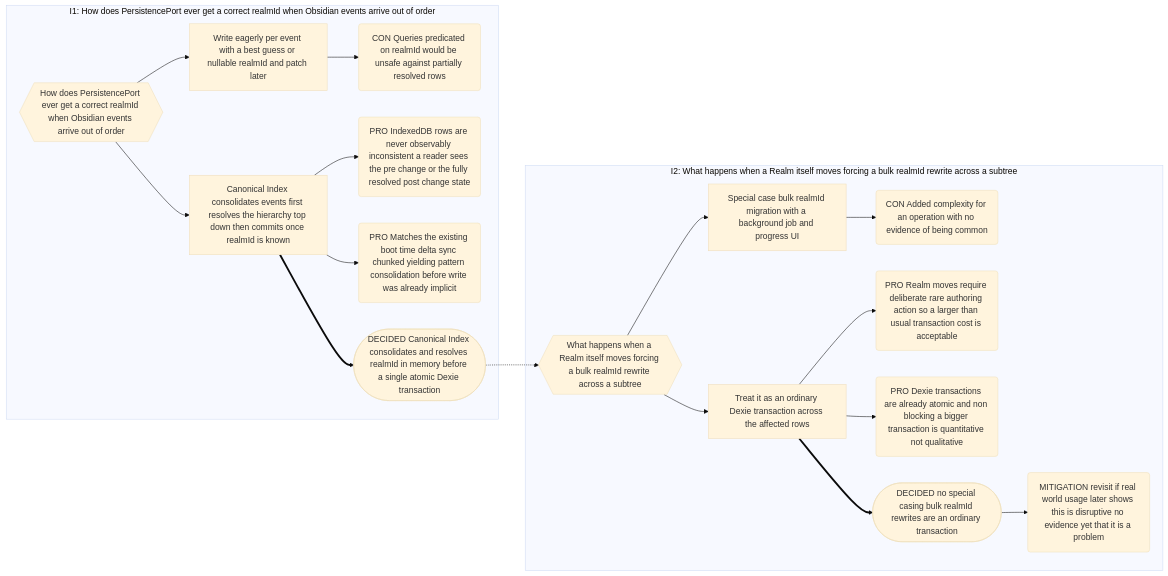
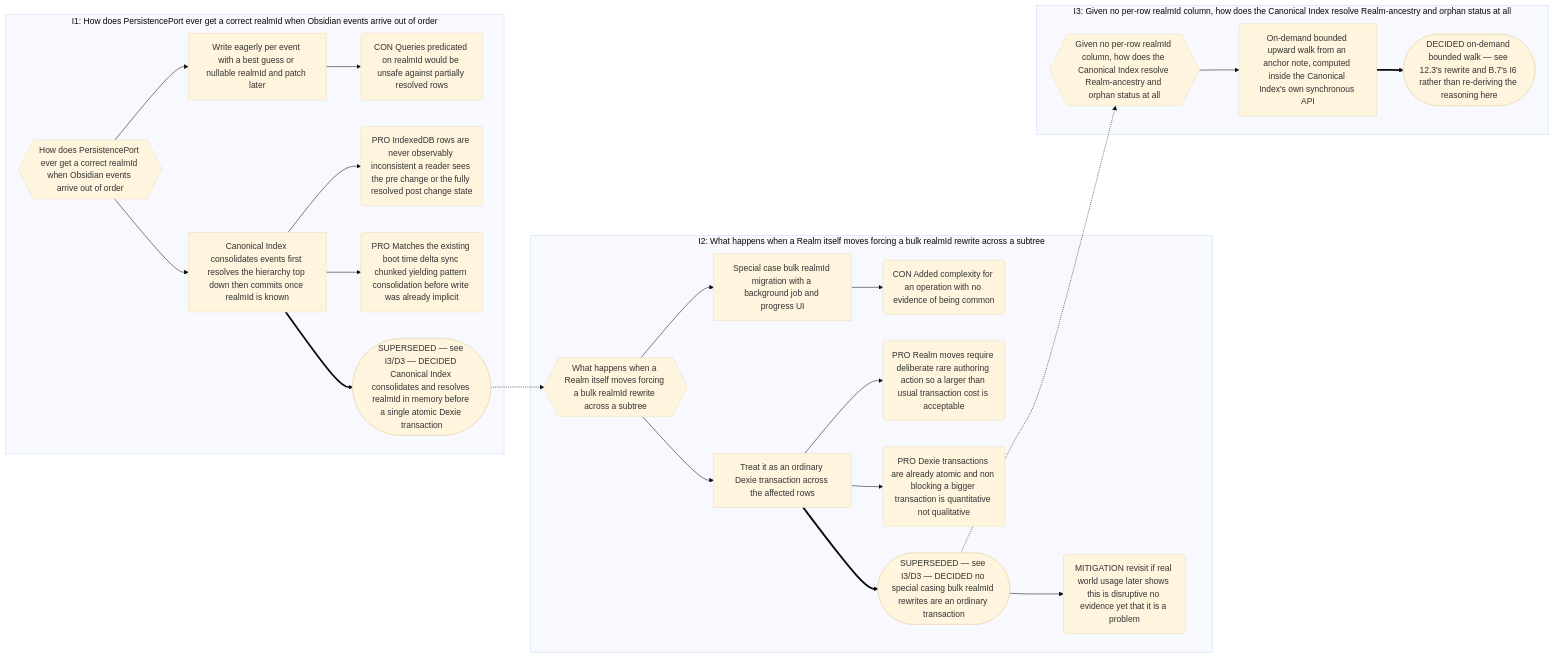
The fourth of 7 diagrams in docs/spec/12-architecture.md (mlao-pdx/obsidian-plugin), drawn with Mermaid (base theme) before and after one commit. The commit also changed other lines of this file and 19 other files, not shown here.

````diff
--- a/docs/spec/12-architecture.md
+++ b/docs/spec/12-architecture.md
@@ -437,36 +545,44 @@
 ```mermaid
 flowchart LR
     subgraph S1["I1: How does PersistencePort ever get a correct realmId when Obsidian events arrive out of order"]
         I1{{How does PersistencePort ever get a correct realmId when Obsidian events arrive out of order}}
         P1[Write eagerly per event with a best guess or nullable realmId and patch later]
         P2[Canonical Index consolidates events first resolves the hierarchy top down then commits once realmId is known]
         I1 --> P1
         I1 --> P2
         C1(CON Queries predicated on realmId would be unsafe against partially resolved rows)
         P1 --> C1
         A1(PRO IndexedDB rows are never observably inconsistent a reader sees the pre change or the fully resolved post change state)
         A2(PRO Matches the existing boot time delta sync chunked yielding pattern consolidation before write was already implicit)
         P2 --> A1
         P2 --> A2
-        D1([DECIDED Canonical Index consolidates and resolves realmId in memory before a single atomic Dexie transaction])
+        D1([SUPERSEDED — see I3/D3 — DECIDED Canonical Index consolidates and resolves realmId in memory before a single atomic Dexie transaction])
         P2 ==> D1
     end
     subgraph S2["I2: What happens when a Realm itself moves forcing a bulk realmId rewrite across a subtree"]
         I2{{What happens when a Realm itself moves forcing a bulk realmId rewrite across a subtree}}
         P3[Special case bulk realmId migration with a background job and progress UI]
         P4[Treat it as an ordinary Dexie transaction across the affected rows]
         I2 --> P3
         I2 --> P4
         C2(CON Added complexity for an operation with no evidence of being common)
         P3 --> C2
         A3(PRO Realm moves require deliberate rare authoring action so a larger than usual transaction cost is acceptable)
         A4(PRO Dexie transactions are already atomic and non blocking a bigger transaction is quantitative not qualitative)
         P4 --> A3
         P4 --> A4
-        D2([DECIDED no special casing bulk realmId rewrites are an ordinary transaction])
+        D2([SUPERSEDED — see I3/D3 — DECIDED no special casing bulk realmId rewrites are an ordinary transaction])
         P4 ==> D2
         M1(MITIGATION revisit if real world usage later shows this is disruptive no evidence yet that it is a problem)
         D2 --> M1
     end
     D1 -.-> I2
+    D2 -.-> I3
+    subgraph S3["I3: Given no per-row realmId column, how does the Canonical Index resolve Realm-ancestry and orphan status at all"]
+        I3{{Given no per-row realmId column, how does the Canonical Index resolve Realm-ancestry and orphan status at all}}
+        P5[On-demand bounded upward walk from an anchor note, computed inside the Canonical Index's own synchronous API]
+        I3 --> P5
+        D3([DECIDED on-demand bounded walk — see 12.3's rewrite and B.7's I6 rather than re-deriving the reasoning here])
+        P5 ==> D3
+    end
 ```
````
